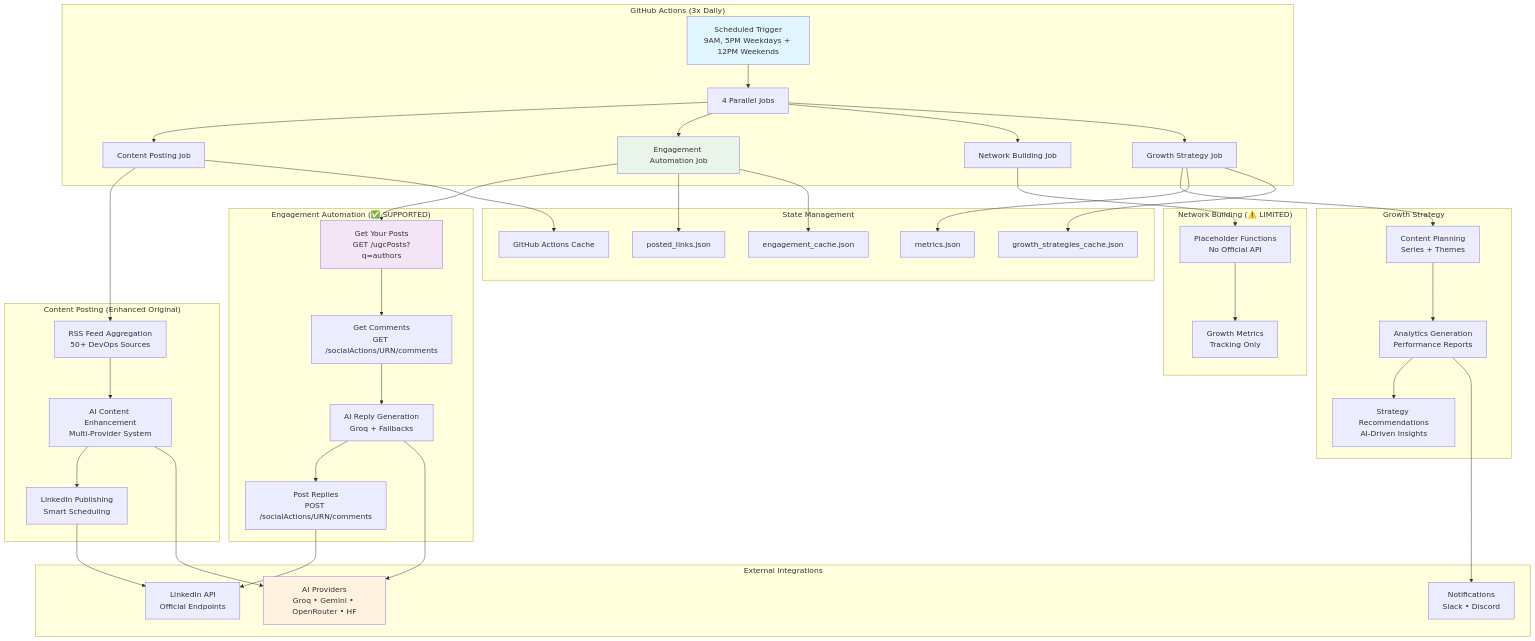
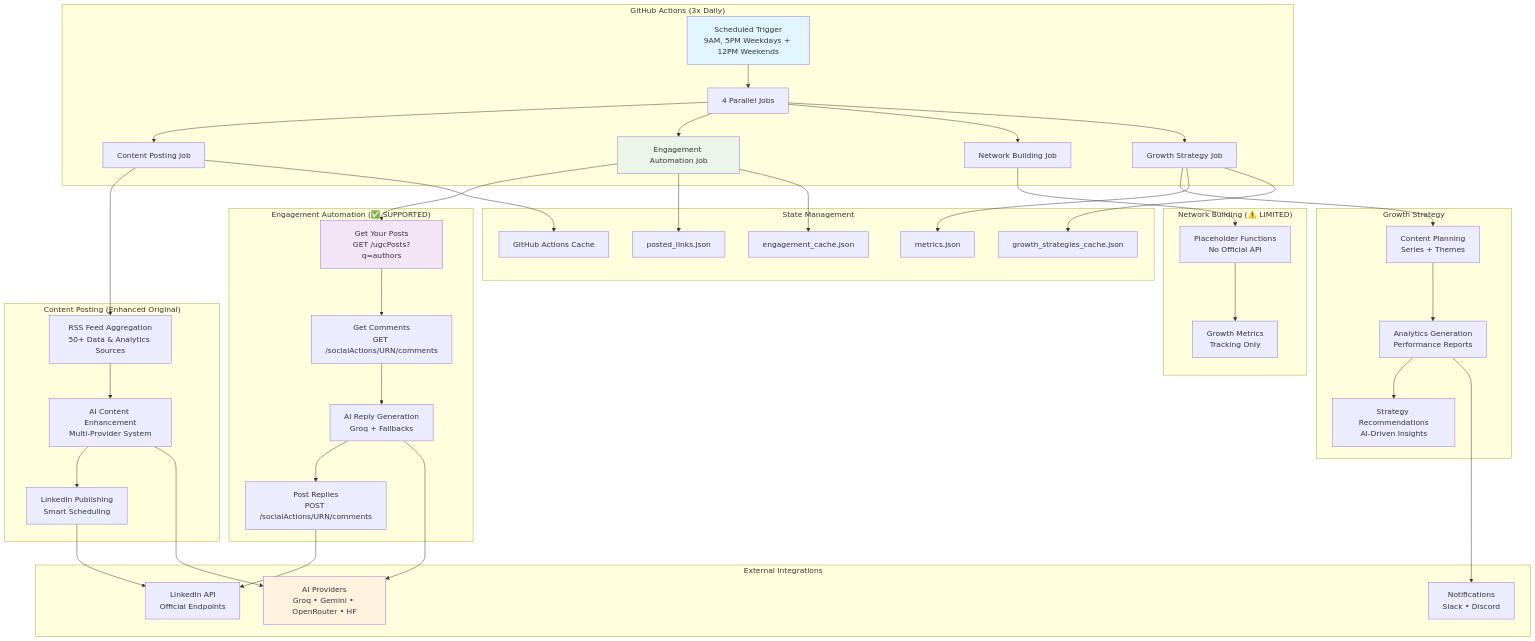
The first of 2 diagrams in README.md (Shweta-biradar/linkedin-devops-automation), drawn with Mermaid before and after one commit. The commit also changed other lines of this file and 18 other files, not shown here.

Commit message:
chore: sweep repo — replace DevOps references with Data & Analytics; disable CTAs; remove samples (planned)

````diff
--- a/README.md
+++ b/README.md
@@ -81,65 +81,65 @@
 ```mermaid
 graph TB
     subgraph "GitHub Actions (3x Daily)"
         A[Scheduled Trigger<br/>9AM, 5PM Weekdays + 12PM Weekends] --> B[4 Parallel Jobs]
         B --> C[Content Posting Job]
         B --> D[Engagement Automation Job]
         B --> E[Network Building Job]  
         B --> F[Growth Strategy Job]
     end
     
     subgraph "Content Posting (Enhanced Original)"
-        C --> G[RSS Feed Aggregation<br/>50+ DevOps Sources]
+        C --> G[RSS Feed Aggregation<br/>50+ Data & Analytics Sources]
         G --> H[AI Content Enhancement<br/>Multi-Provider System]
         H --> I[LinkedIn Publishing<br/>Smart Scheduling]
     end
     
     subgraph "Engagement Automation (✅ SUPPORTED)"
         D --> J[Get Your Posts<br/>GET /ugcPosts?q=authors]
         J --> K[Get Comments<br/>GET /socialActions/URN/comments]
         K --> L[AI Reply Generation<br/>Groq + Fallbacks]
         L --> M[Post Replies<br/>POST /socialActions/URN/comments]
     end
     
     subgraph "Network Building (⚠️ LIMITED)"  
         E --> N[Placeholder Functions<br/>No Official API]
         N --> O[Growth Metrics<br/>Tracking Only]
     end
     
     subgraph "Growth Strategy"
         F --> P[Content Planning<br/>Series + Themes]
         P --> Q[Analytics Generation<br/>Performance Reports]
         Q --> R[Strategy Recommendations<br/>AI-Driven Insights]
     end
     
     subgraph "State Management"
         S[GitHub Actions Cache]
         T[posted_links.json]
         U[engagement_cache.json]
         V[metrics.json]
         W[growth_strategies_cache.json]
     end
     
     subgraph "External Integrations"
         X[LinkedIn API<br/>Official Endpoints]
         Y[AI Providers<br/>Groq • Gemini • OpenRouter • HF]
         Z[Notifications<br/>Slack • Discord]
     end
     
     I --> X
     M --> X
     H --> Y
     L --> Y
     Q --> Z
     
     C --> S
     D --> T
     D --> U
     F --> V
     F --> W
     
     style A fill:#e1f5fe
     style D fill:#e8f5e8
     style J fill:#f3e5f5
     style Y fill:#fff3e0
 ```
````
